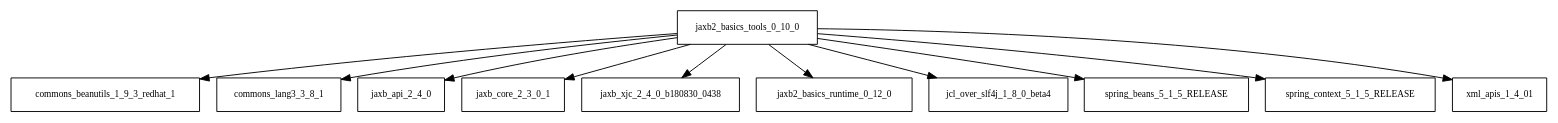
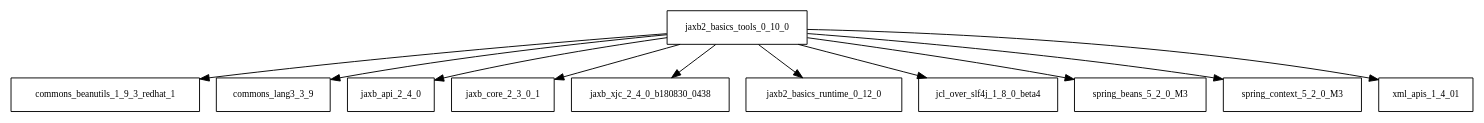
One commit to Hack23/cia changed the diagram in tattleTaleReport/graphviz/jaxb2-basics-tools-0.10.0.jar/jaxb2-basics-tools-0.10.0.jar.dot. Above: the diagram before and after it, drawn with Graphviz. The commit also changed 4049 other files, not shown here.

```diff
--- a/tattleTaleReport/graphviz/jaxb2-basics-tools-0.10.0.jar/jaxb2-basics-tools-0.10.0.jar.dot
+++ b/tattleTaleReport/graphviz/jaxb2-basics-tools-0.10.0.jar/jaxb2-basics-tools-0.10.0.jar.dot
@@ -1,13 +1,13 @@
 digraph jaxb2_basics_tools_0_10_0_dependencies {
   node [shape = box, fontsize=10.0];
   jaxb2_basics_tools_0_10_0 -> commons_beanutils_1_9_3_redhat_1;
-  jaxb2_basics_tools_0_10_0 -> commons_lang3_3_8_1;
+  jaxb2_basics_tools_0_10_0 -> commons_lang3_3_9;
   jaxb2_basics_tools_0_10_0 -> jaxb_api_2_4_0;
   jaxb2_basics_tools_0_10_0 -> jaxb_core_2_3_0_1;
   jaxb2_basics_tools_0_10_0 -> jaxb_xjc_2_4_0_b180830_0438;
   jaxb2_basics_tools_0_10_0 -> jaxb2_basics_runtime_0_12_0;
   jaxb2_basics_tools_0_10_0 -> jcl_over_slf4j_1_8_0_beta4;
-  jaxb2_basics_tools_0_10_0 -> spring_beans_5_1_5_RELEASE;
-  jaxb2_basics_tools_0_10_0 -> spring_context_5_1_5_RELEASE;
+  jaxb2_basics_tools_0_10_0 -> spring_beans_5_2_0_M3;
+  jaxb2_basics_tools_0_10_0 -> spring_context_5_2_0_M3;
   jaxb2_basics_tools_0_10_0 -> xml_apis_1_4_01;
 }
```
